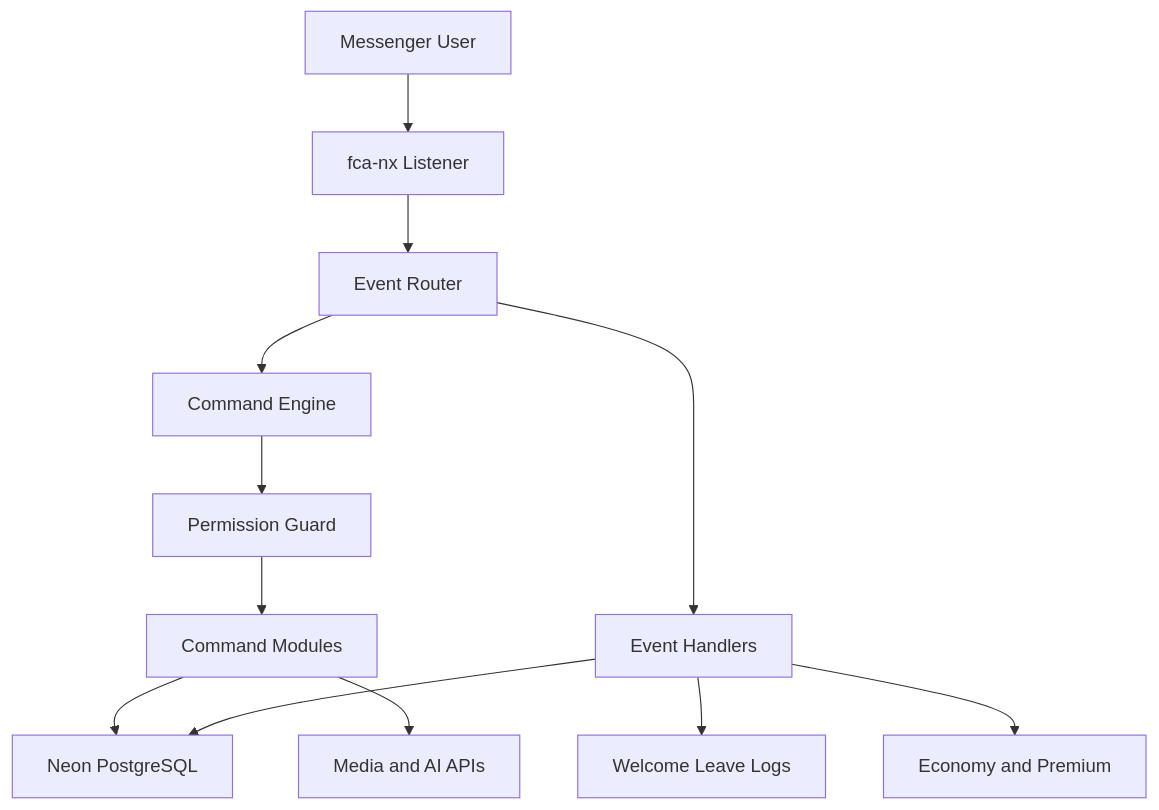
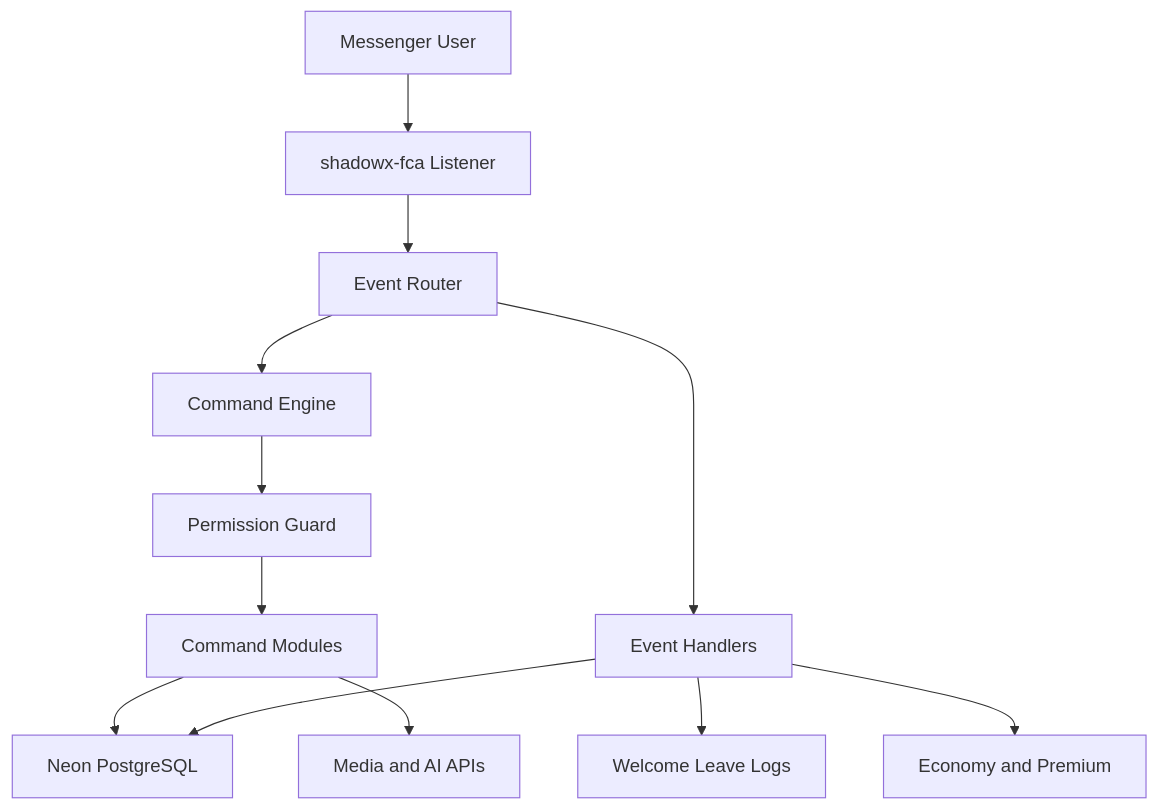
The diagram in README.md (mueidmursalinrifat/shadowx-bot), drawn with Mermaid before and after one commit. The commit also changed other lines of this file, not shown here.

First line of the commit message:
docs: update README to shadowx-fca engine and shadowx-bot repo

````diff
--- a/README.md
+++ b/README.md
@@ -255,14 +135,14 @@
 ```mermaid
 graph TD
-    A["Messenger User"] --> B["fca-nx Listener"]
+    A["Messenger User"] --> B["shadowx-fca Listener"]
     B --> C["Event Router"]
     C --> D["Command Engine"]
     C --> E["Event Handlers"]
     D --> F["Permission Guard"]
     F --> G["Command Modules"]
     G --> H["Neon PostgreSQL"]
     G --> I["Media and AI APIs"]
     E --> H
     E --> J["Welcome Leave Logs"]
     E --> K["Economy and Premium"]
 ```
````
